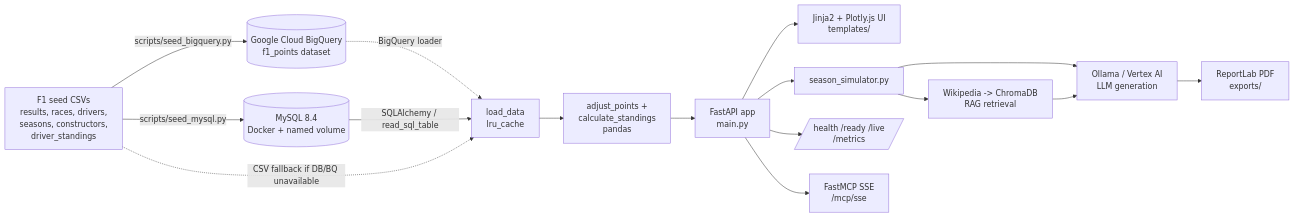
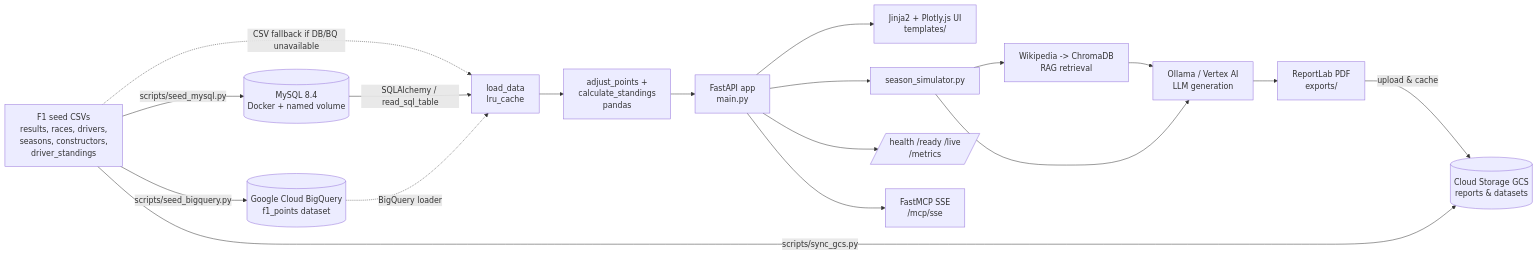
Before and after one commit to thompgt/F1_points_application: the diagram in README.md, drawn with Mermaid. The commit also changed other lines of this file and 9 other files, not shown here.

Commit message:
feat: integrate Google Cloud Storage for report persistence, signed URLs, and FastMCP tools

````diff
--- a/README.md
+++ b/README.md
@@ -119,19 +119,21 @@
 ```mermaid
 flowchart LR
     A[F1 seed CSVs<br/>results, races, drivers,<br/>seasons, constructors,<br/>driver_standings]
     A -- scripts/seed_bigquery.py --> BQ[(Google Cloud BigQuery<br/>f1_points dataset)]
     A -- scripts/seed_mysql.py --> B[(MySQL 8.4<br/>Docker + named volume)]
+    A -- scripts/sync_gcs.py --> GCS[(Cloud Storage GCS<br/>reports & datasets)]
     BQ -. BigQuery loader .-> C[load_data<br/>lru_cache]
     B -- SQLAlchemy / read_sql_table --> C
     A -. CSV fallback if DB/BQ unavailable .-> C
     C --> D[adjust_points +<br/>calculate_standings<br/>pandas]
     D --> E[FastAPI app<br/>main.py]
     E --> F[Jinja2 + Plotly.js UI<br/>templates/]
     E --> G[season_simulator.py]
     G --> H[Wikipedia -> ChromaDB<br/>RAG retrieval]
     G --> I[Ollama / Vertex AI<br/>LLM generation]
     H --> I
     I --> J[ReportLab PDF<br/>exports/]
+    J -- upload & cache --> GCS
     E --> K[/health /ready /live<br/>/metrics/]
     E --> L[FastMCP SSE<br/>/mcp/sse]
 ```
````
